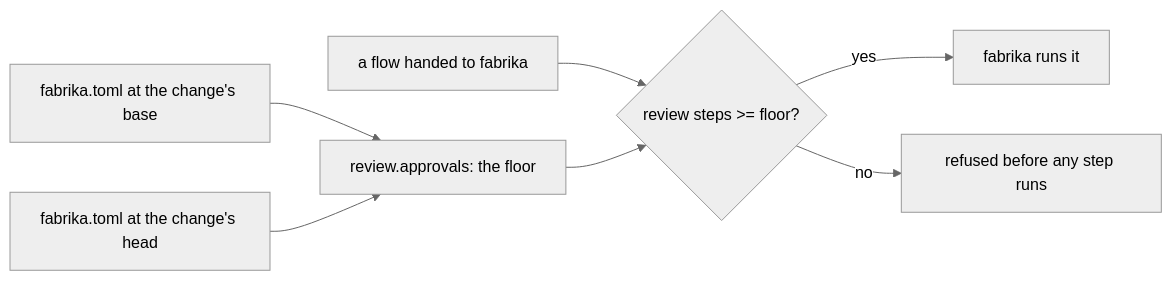
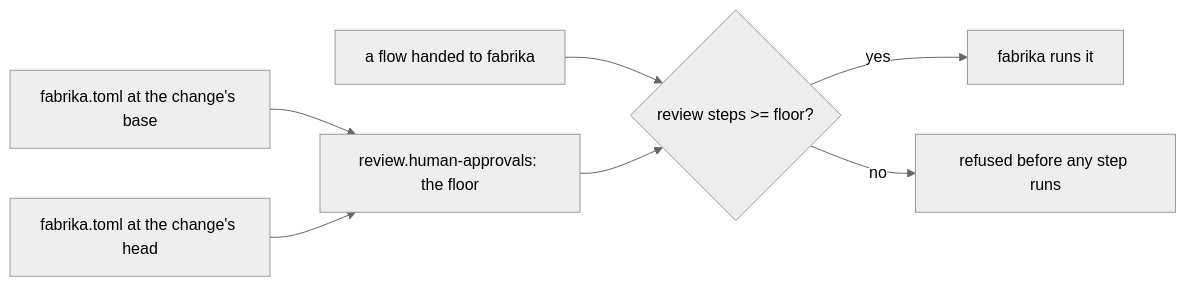
The diagram in .decisions/0082-approvals-is-a-floor-for-every-run.md (usirin/tea-fabrika), drawn with Mermaid (neutral theme) before and after one commit. The commit also changed other lines of this file and 3 other files, not shown here.

Commit message:
0082 amended: the people count is named human-approvals, and an agent's review never counts toward it

````diff
--- a/.decisions/0082-approvals-is-a-floor-for-every-run.md
+++ b/.decisions/0082-approvals-is-a-floor-for-every-run.md
@@ -11,9 +11,9 @@
 ```mermaid
 flowchart LR
-  base["fabrika.toml at the change's base"] --> floor["review.approvals: the floor"]
+  base["fabrika.toml at the change's base"] --> floor["review.human-approvals: the floor"]
   head["fabrika.toml at the change's head"] --> floor
   flow["a flow handed to fabrika"] --> check{"review steps #gt;= floor?"}
   floor --> check
   check -- "yes" --> run["fabrika runs it"]
   check -- "no" --> refuse["refused before any step runs"]
 ```
````
